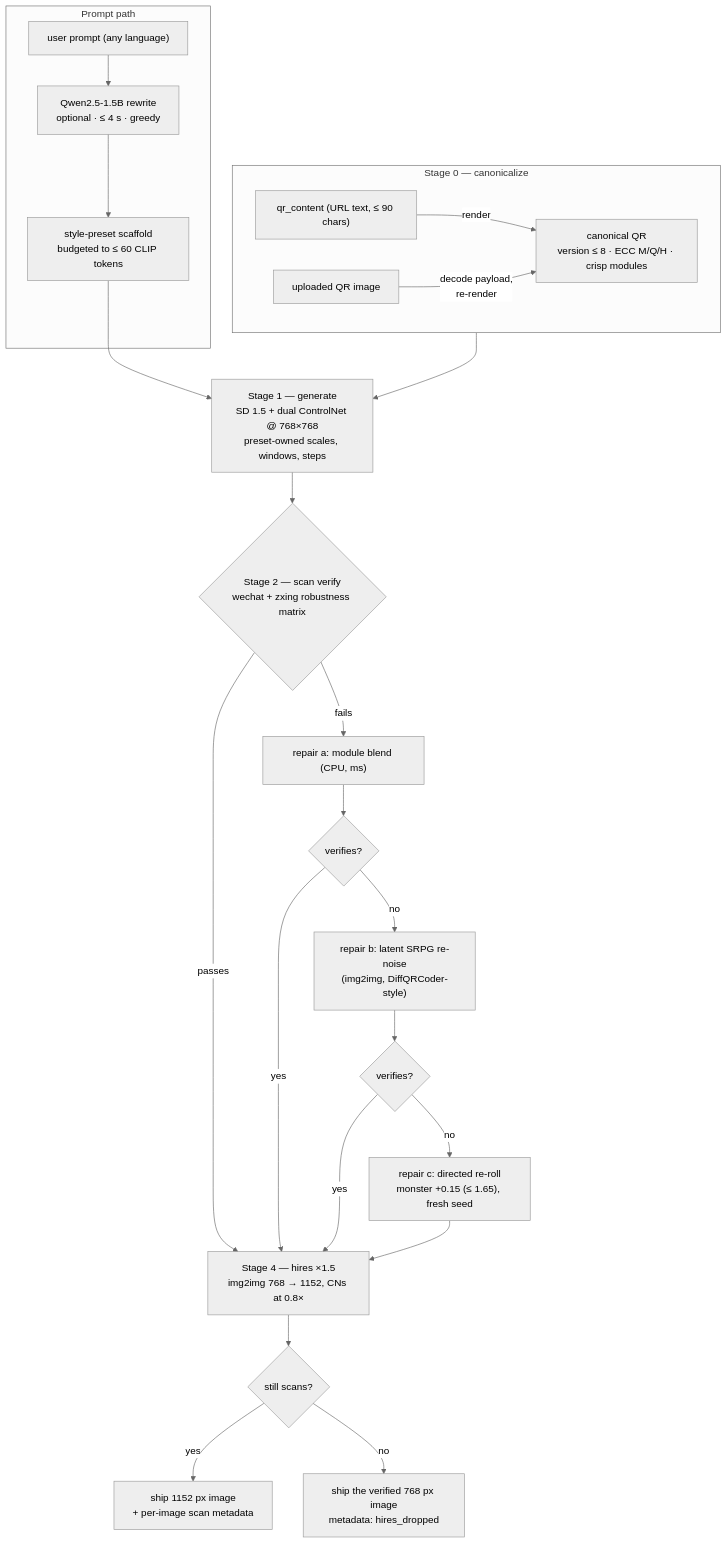
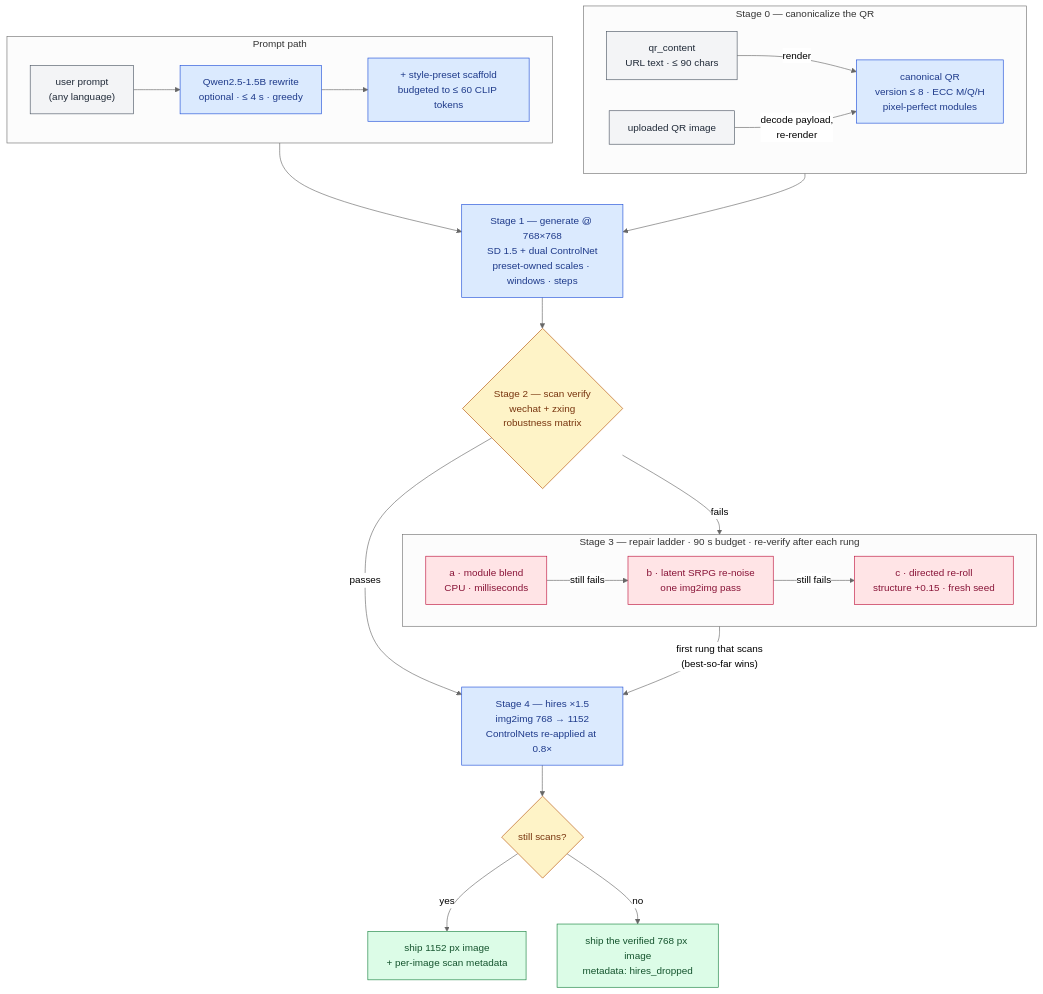
The fourth of 6 diagrams in README.md (sergiocrol/qraft), drawn with Mermaid (neutral theme) before and after one commit. The commit also changed other lines of this file and 1 other file, not shown here.

````diff
--- a/README.md
+++ b/README.md
@@ -228,27 +261,42 @@
 ```mermaid
 flowchart TB
-    subgraph S0["Stage 0 — canonicalize"]
+    subgraph S0["Stage 0 — canonicalize the QR"]
         direction LR
-        QC["qr_content (URL text, ≤ 90 chars)"] -- "render" --> CAN["canonical QR<br/>version ≤ 8 · ECC M/Q/H · crisp modules"]
+        QC["qr_content<br/>URL text · ≤ 90 chars"] -- "render" --> CAN["canonical QR<br/>version ≤ 8 · ECC M/Q/H<br/>pixel-perfect modules"]
         BQ["uploaded QR image"] -- "decode payload,<br/>re-render" --> CAN
     end
 
     subgraph SP["Prompt path"]
-        UP["user prompt (any language)"] --> LLM["Qwen2.5-1.5B rewrite<br/>optional · ≤ 4 s · greedy"]
-        LLM --> SCAF["style-preset scaffold<br/>budgeted to ≤ 60 CLIP tokens"]
+        direction LR
+        UP["user prompt<br/>(any language)"] --> LLM["Qwen2.5-1.5B rewrite<br/>optional · ≤ 4 s · greedy"] --> SCAF["+ style-preset scaffold<br/>budgeted to ≤ 60 CLIP tokens"]
     end
 
-    CAN --> GEN
-    SCAF --> GEN["Stage 1 — generate<br/>SD 1.5 + dual ControlNet @ 768×768<br/>preset-owned scales, windows, steps"]
-    GEN --> V{"Stage 2 — scan verify<br/>wechat + zxing robustness matrix"}
+    CAN --> GEN["Stage 1 — generate @ 768×768<br/>SD 1.5 + dual ControlNet<br/>preset-owned scales · windows · steps"]
+    SCAF --> GEN
+    GEN --> V{"Stage 2 — scan verify<br/>wechat + zxing<br/>robustness matrix"}
+
+    subgraph LADDER["Stage 3 — repair ladder · 90 s budget · re-verify after each rung"]
+        direction LR
+        R1["a · module blend<br/>CPU · milliseconds"] -- "still fails" --> R2["b · latent SRPG re-noise<br/>one img2img pass"] -- "still fails" --> R3["c · directed re-roll<br/>structure +0.15 · fresh seed"]
+    end
+
     V -- "passes" --> HIRES
-    V -- "fails" --> R1["repair a: module blend (CPU, ms)"]
-    R1 --> R1V{"verifies?"} -- "no" --> R2["repair b: latent SRPG re-noise<br/>(img2img, DiffQRCoder-style)"]
-    R2 --> R2V{"verifies?"} -- "no" --> R3["repair c: directed re-roll<br/>monster +0.15 (≤ 1.65), fresh seed"]
-    R1V -- "yes" --> HIRES
-    R2V -- "yes" --> HIRES
-    R3 --> HIRES["Stage 4 — hires ×1.5<br/>img2img 768 → 1152, CNs at 0.8×"]
-    HIRES --> HV{"still scans?"}
+    V -- "fails" --> LADDER
+    LADDER -- "first rung that scans<br/>(best-so-far wins)" --> HIRES
+
+    HIRES["Stage 4 — hires ×1.5<br/>img2img 768 → 1152<br/>ControlNets re-applied at 0.8×"] --> HV{"still scans?"}
     HV -- "yes" --> OUT["ship 1152 px image<br/>+ per-image scan metadata"]
     HV -- "no" --> OUT2["ship the verified 768 px image<br/>metadata: hires_dropped"]
+
+    classDef input fill:#f3f4f6,stroke:#4b5563,color:#1f2937
+    classDef stage fill:#dbeafe,stroke:#1d4ed8,color:#1e3a8a
+    classDef check fill:#fef3c7,stroke:#b45309,color:#78350f
+    classDef repair fill:#ffe4e6,stroke:#be123c,color:#881337
+    classDef ship fill:#dcfce7,stroke:#15803d,color:#14532d
+
+    class QC,BQ,UP input
+    class CAN,LLM,SCAF,GEN,HIRES stage
+    class V,HV check
+    class R1,R2,R3 repair
+    class OUT,OUT2 ship
 ```
````
